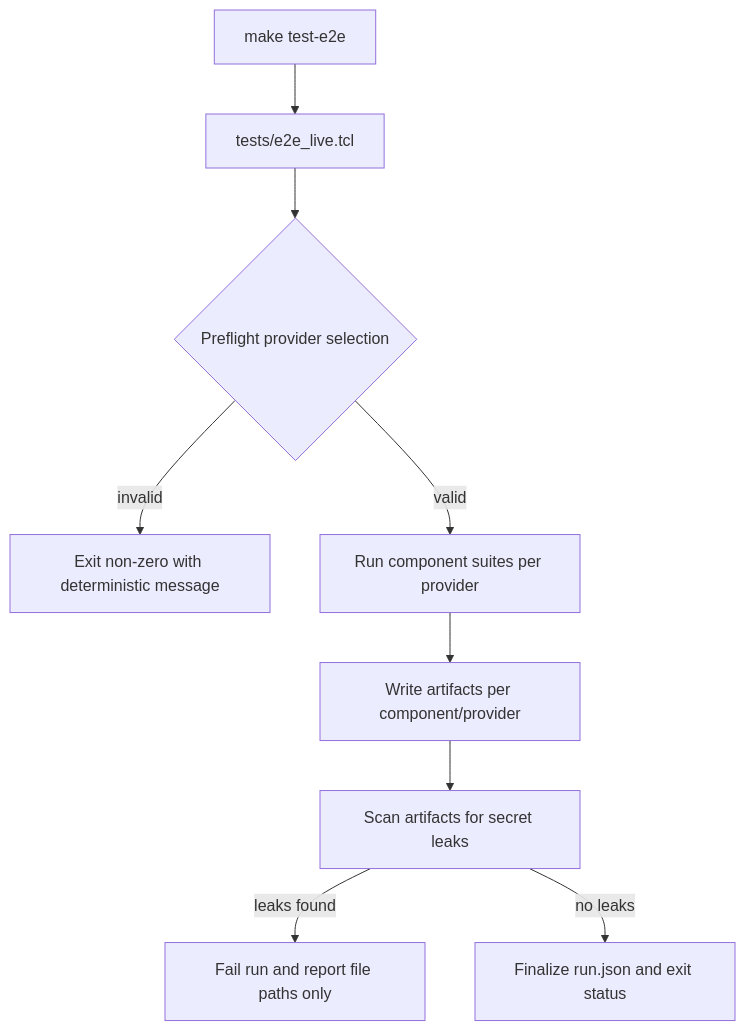
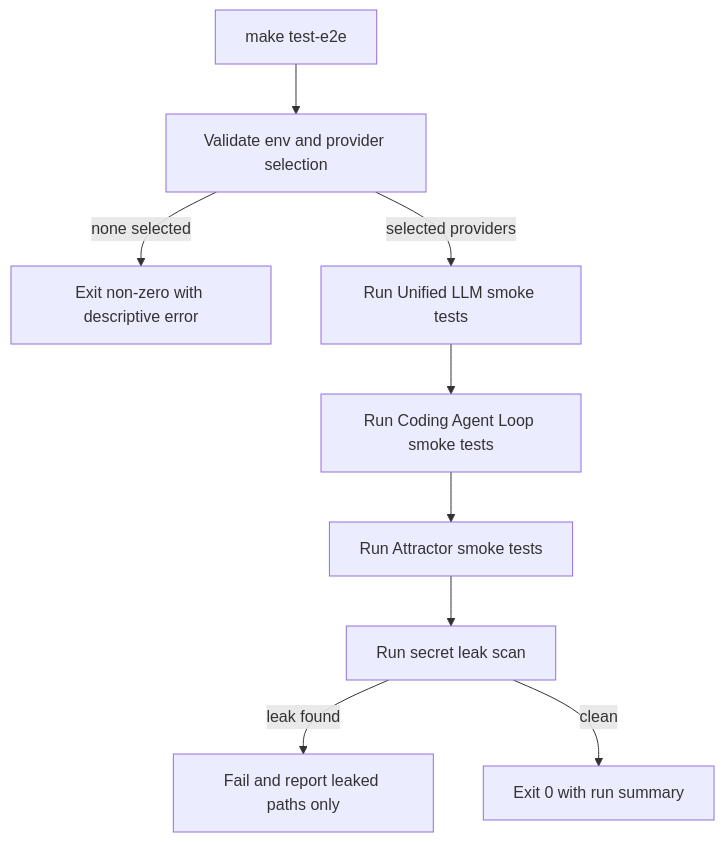
The third of 5 diagrams in docs/sprints/SPRINT-004-comprehensive-implementation-plan.md (jaytaylor/attractor-tcl), drawn with Mermaid before and after one commit. The commit also changed other lines of this file, not shown here.

Commit message:
docs: reset sprint 004 comprehensive plan to executable checklist

````diff
--- a/docs/sprints/SPRINT-004-comprehensive-implementation-plan.md
+++ b/docs/sprints/SPRINT-004-comprehensive-implementation-plan.md
@@ -523,12 +561,11 @@
 ```mermaid
-%% Source: .scratch/diagrams/sprint-004/implementation-plan/workflow.mmd
 flowchart TD
-  A[make test-e2e] --> B[tests/e2e_live.tcl]
-  B --> C{Preflight provider selection}
-  C -->|invalid| D[Exit non-zero with deterministic message]
-  C -->|valid| E[Run component suites per provider]
-  E --> F[Write artifacts per component/provider]
-  F --> G[Scan artifacts for secret leaks]
-  G -->|leaks found| H[Fail run and report file paths only]
-  G -->|no leaks| I[Finalize run.json and exit status]
+  START[make test-e2e] --> PREFLIGHT[Validate env and provider selection]
+  PREFLIGHT -->|none selected| FAIL_FAST[Exit non-zero with descriptive error]
+  PREFLIGHT -->|selected providers| RUN_UNIFIED[Run Unified LLM smoke tests]
+  RUN_UNIFIED --> RUN_CAL[Run Coding Agent Loop smoke tests]
+  RUN_CAL --> RUN_ATTRACTOR[Run Attractor smoke tests]
+  RUN_ATTRACTOR --> SCAN[Run secret leak scan]
+  SCAN -->|leak found| LEAK_FAIL[Fail and report leaked paths only]
+  SCAN -->|clean| PASS[Exit 0 with run summary]
 ```
````
